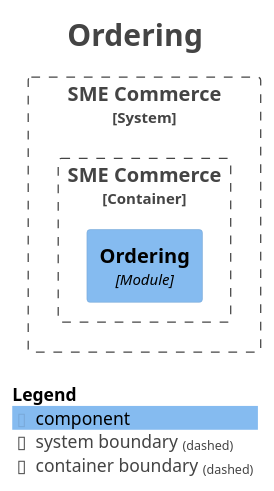
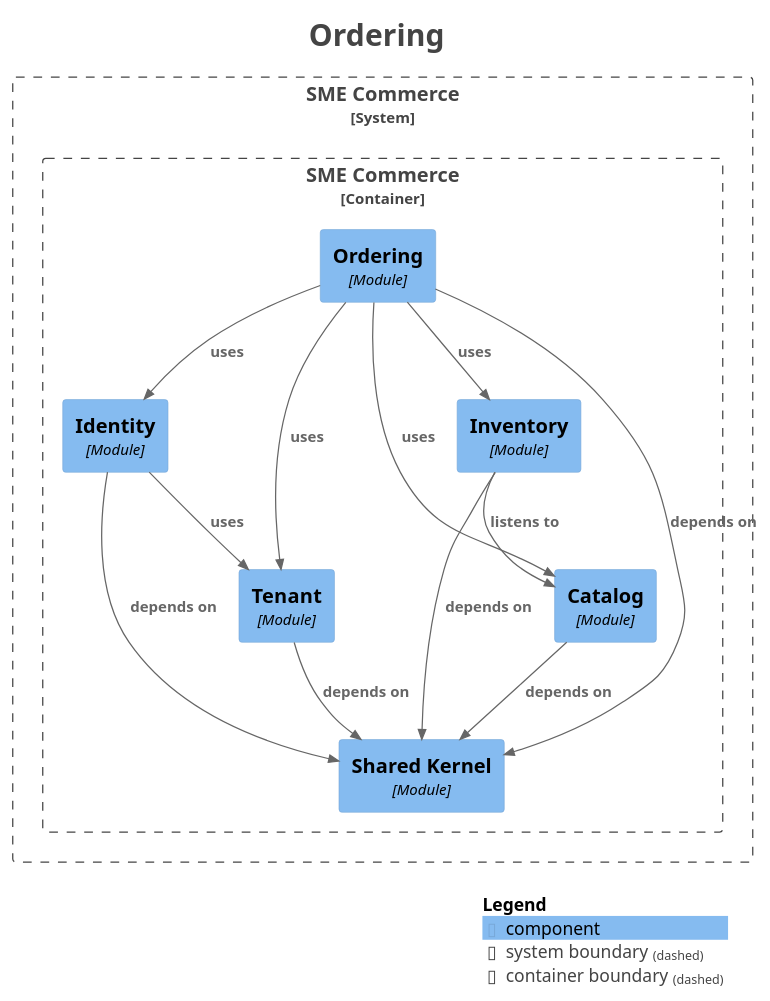
The diagram in docs/modules/module-ordering.puml (hezronokwach/sme-commerce-platform), drawn with PlantUML before and after one commit. The commit also changed 25 other files, not shown here.

```diff
--- a/docs/modules/module-ordering.puml
+++ b/docs/modules/module-ordering.puml
@@ -1,27 +1,44 @@
 @startuml
 title <size:24>Ordering</size>
 
 set separator none
 top to bottom direction
 
 <style>
   root {
     BackgroundColor: #ffffff
     FontColor: #444444
   }
 </style>
 
 !include <C4/C4>
 !include <C4/C4_Context>
 !include <C4/C4_Component>
 
 System_Boundary("SMECommerce_boundary", "SME Commerce", $tags="") {
   Container_Boundary("SMECommerce.SMECommerce_boundary", "SME Commerce", $tags="") {
+    Component(SMECommerce.SMECommerce.Identity, "Identity", $techn="Module", $descr="", $tags="", $link="")
+    Component(SMECommerce.SMECommerce.Inventory, "Inventory", $techn="Module", $descr="", $tags="", $link="")
     Component(SMECommerce.SMECommerce.Ordering, "Ordering", $techn="Module", $descr="", $tags="", $link="")
+    Component(SMECommerce.SMECommerce.SharedKernel, "Shared Kernel", $techn="Module", $descr="", $tags="", $link="")
+    Component(SMECommerce.SMECommerce.Catalog, "Catalog", $techn="Module", $descr="", $tags="", $link="")
+    Component(SMECommerce.SMECommerce.Tenant, "Tenant", $techn="Module", $descr="", $tags="", $link="")
   }
 
 }
 
+Rel(SMECommerce.SMECommerce.Catalog, SMECommerce.SMECommerce.SharedKernel, "depends on", $techn="", $tags="", $link="")
+Rel(SMECommerce.SMECommerce.Inventory, SMECommerce.SMECommerce.Catalog, "listens to", $techn="", $tags="", $link="")
+Rel(SMECommerce.SMECommerce.Inventory, SMECommerce.SMECommerce.SharedKernel, "depends on", $techn="", $tags="", $link="")
+Rel(SMECommerce.SMECommerce.Ordering, SMECommerce.SMECommerce.SharedKernel, "depends on", $techn="", $tags="", $link="")
+Rel(SMECommerce.SMECommerce.Ordering, SMECommerce.SMECommerce.Tenant, "uses", $techn="", $tags="", $link="")
+Rel(SMECommerce.SMECommerce.Ordering, SMECommerce.SMECommerce.Catalog, "uses", $techn="", $tags="", $link="")
+Rel(SMECommerce.SMECommerce.Ordering, SMECommerce.SMECommerce.Identity, "uses", $techn="", $tags="", $link="")
+Rel(SMECommerce.SMECommerce.Ordering, SMECommerce.SMECommerce.Inventory, "uses", $techn="", $tags="", $link="")
+Rel(SMECommerce.SMECommerce.Identity, SMECommerce.SMECommerce.SharedKernel, "depends on", $techn="", $tags="", $link="")
+Rel(SMECommerce.SMECommerce.Identity, SMECommerce.SMECommerce.Tenant, "uses", $techn="", $tags="", $link="")
+Rel(SMECommerce.SMECommerce.Tenant, SMECommerce.SMECommerce.SharedKernel, "depends on", $techn="", $tags="", $link="")
+
 SHOW_LEGEND(true)
 hide stereotypes
 @enduml
```
